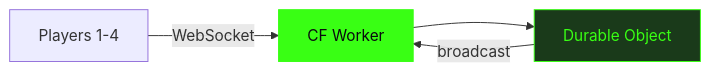
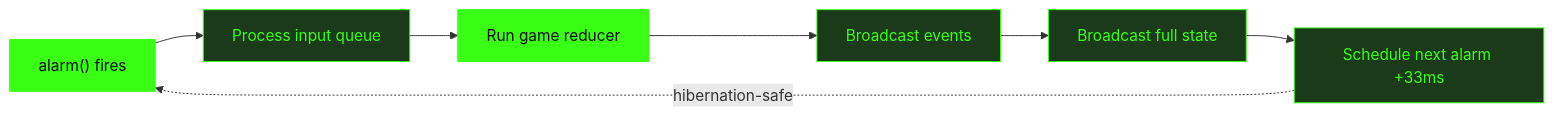
Before and after one commit to adewale/slide-maker: the diagram in examples/vaders/slides.md, drawn with Mermaid. The commit also changed other lines of this file and 136 other files, not shown here.

First line of the commit message:
Source-ground all decks, update Cloudflare theme, and strengthen Mermaid linting

````diff
--- a/examples/vaders/slides.md
+++ b/examples/vaders/slides.md
@@ -148,10 +123,13 @@
-```mermaid {theme: 'dark', scale: 0.85}
+```mermaid {theme: 'dark', scale: 0.8}
 graph LR
-  P["Players 1-4"] -->|WebSocket| W["CF Worker"]
-  W --> DO["Durable Object"]
-  DO -->|broadcast| W
-  classDef worker fill:#39ff14,stroke:#39ff14,color:#0a0a0f
-  classDef state fill:#1a3a1a,stroke:#39ff14,color:#39ff14
-  class W worker
-  class DO state
+  A["alarm() fires"] --> B["Process input queue"]
+  B --> C["Run game reducer"]
+  C --> D["Broadcast events"]
+  D --> E["Broadcast full state"]
+  E --> F["Schedule next alarm +33ms"]
+  F -.->|"hibernation-safe"| A
+  classDef green fill:#39ff14,stroke:#39ff14,color:#0a0a0f
+  classDef dim fill:#1a3a1a,stroke:#39ff14,color:#39ff14
+  class A,C green
+  class B,D,E,F dim
 ```
````
